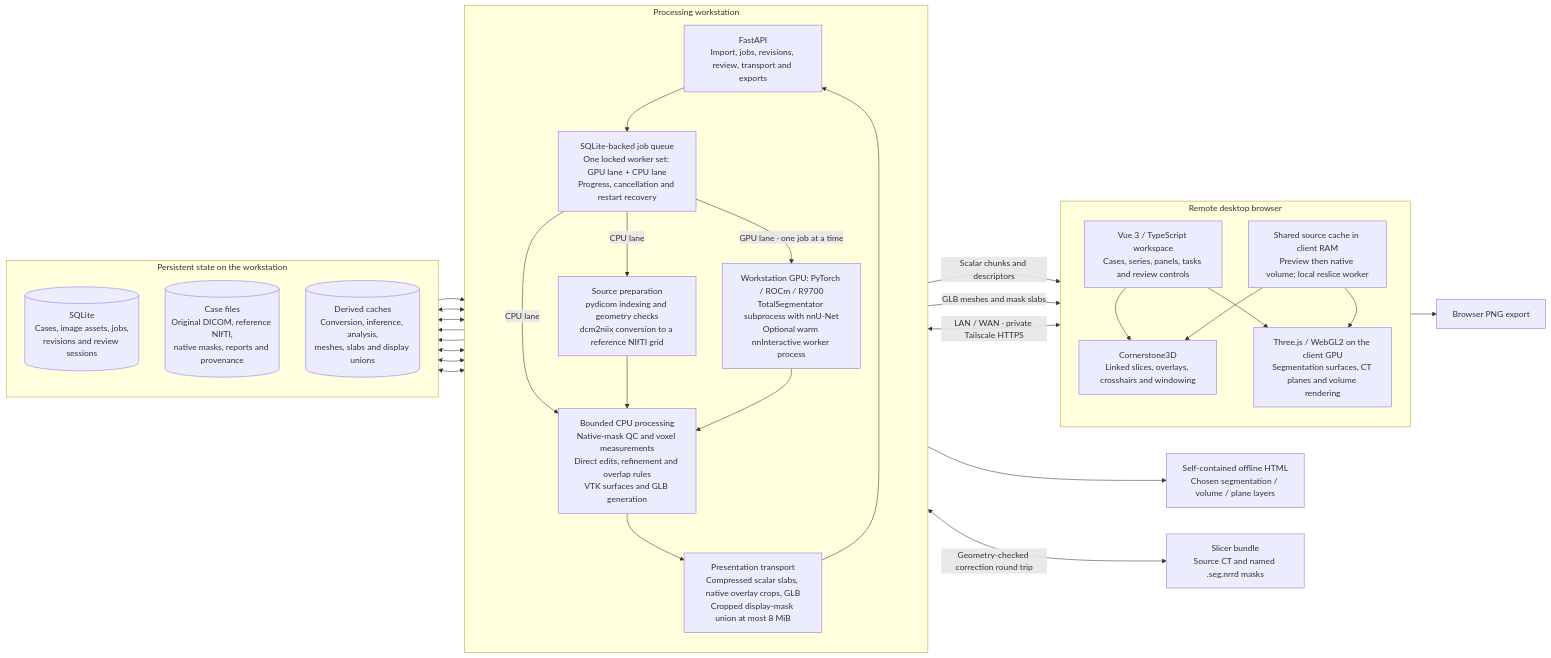
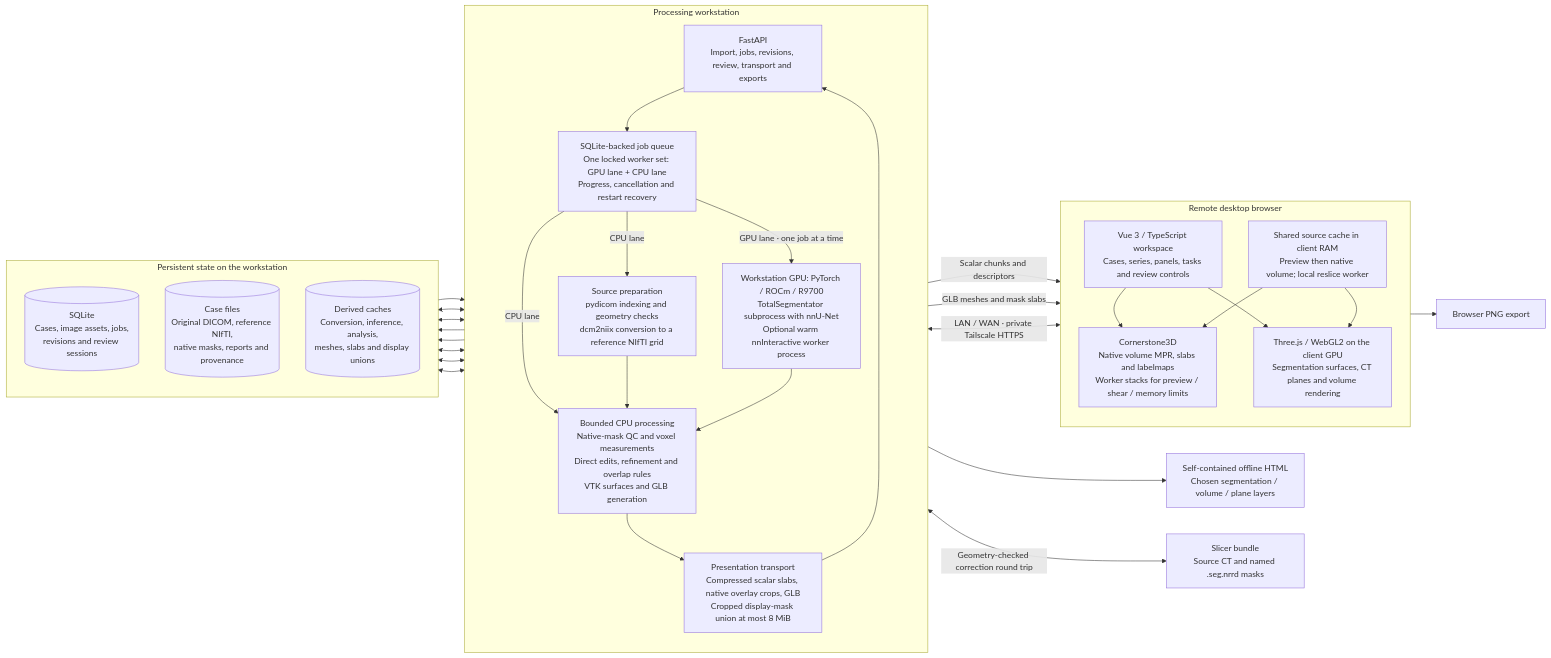
One commit to Truth129/3DScan changed the first of 3 diagrams in docs/ARCHITECTURE.md. Above: the diagram before and after it, drawn with Mermaid. The commit also changed other lines of this file and 22 other files, not shown here.

Commit message:
Add shared native Cornerstone MPR and labelmap review

````diff
--- a/docs/ARCHITECTURE.md
+++ b/docs/ARCHITECTURE.md
@@ -26,55 +26,55 @@
 ```mermaid
 flowchart LR
   subgraph CLIENT["Remote desktop browser"]
     direction TB
     UI["Vue 3 / TypeScript workspace<br/>Cases, series, panels, tasks and review controls"]
     RAM["Shared source cache in client RAM<br/>Preview then native volume; local reslice worker"]
-    CT["Cornerstone3D<br/>Linked slices, overlays, crosshairs and windowing"]
+    CT["Cornerstone3D<br/>Native volume MPR, slabs and labelmaps<br/>Worker stacks for preview / shear / memory limits"]
     WEBGL["Three.js / WebGL2 on the client GPU<br/>Segmentation surfaces, CT planes and volume rendering"]
     UI --> CT
     UI --> WEBGL
     RAM --> CT
     RAM --> WEBGL
   end
 
   subgraph HOST["Processing workstation"]
     direction TB
     API["FastAPI<br/>Import, jobs, revisions, review, transport and exports"]
     QUEUE["SQLite-backed job queue<br/>One locked worker set: GPU lane + CPU lane<br/>Progress, cancellation and restart recovery"]
     PREP["Source preparation<br/>pydicom indexing and geometry checks<br/>dcm2niix conversion to a reference NIfTI grid"]
     GPU["Workstation GPU: PyTorch / ROCm / R9700<br/>TotalSegmentator subprocess with nnU-Net<br/>Optional warm nnInteractive worker process"]
     CPU["Bounded CPU processing<br/>Native-mask QC and voxel measurements<br/>Direct edits, refinement and overlap rules<br/>VTK surfaces and GLB generation"]
     TRANSPORT["Presentation transport<br/>Compressed scalar slabs, native overlay crops, GLB<br/>Cropped display-mask union at most 8 MiB"]
     API --> QUEUE
     QUEUE -->|"CPU lane"| PREP
     QUEUE -->|"GPU lane · one job at a time"| GPU
     QUEUE -->|"CPU lane"| CPU
     PREP --> CPU
     GPU --> CPU
     CPU --> TRANSPORT
     TRANSPORT --> API
   end
 
   subgraph STATE["Persistent state on the workstation"]
     direction TB
     DB[("SQLite<br/>Cases, image assets, jobs,<br/>revisions and review sessions")]
     FILES[("Case files<br/>Original DICOM, reference NIfTI,<br/>native masks, reports and provenance")]
     CACHE[("Derived caches<br/>Conversion, inference, analysis,<br/>meshes, slabs and display unions")]
   end
 
   UI <-->|"LAN / WAN · private Tailscale HTTPS"| API
   API -->|"Scalar chunks and descriptors"| RAM
   API -->|"GLB meshes and mask slabs"| WEBGL
   API <--> DB
   QUEUE <--> DB
   PREP --> FILES
   CPU --> FILES
   FILES --> TRANSPORT
   CPU <--> CACHE
   GPU <--> CACHE
   TRANSPORT <--> CACHE
 
   API --> HTML["Self-contained offline HTML<br/>Chosen segmentation / volume / plane layers"]
   API <-->|"Geometry-checked correction round trip"| SLICER["Slicer bundle<br/>Source CT and named .seg.nrrd masks"]
   WEBGL --> PNG["Browser PNG export"]
 ```
````
